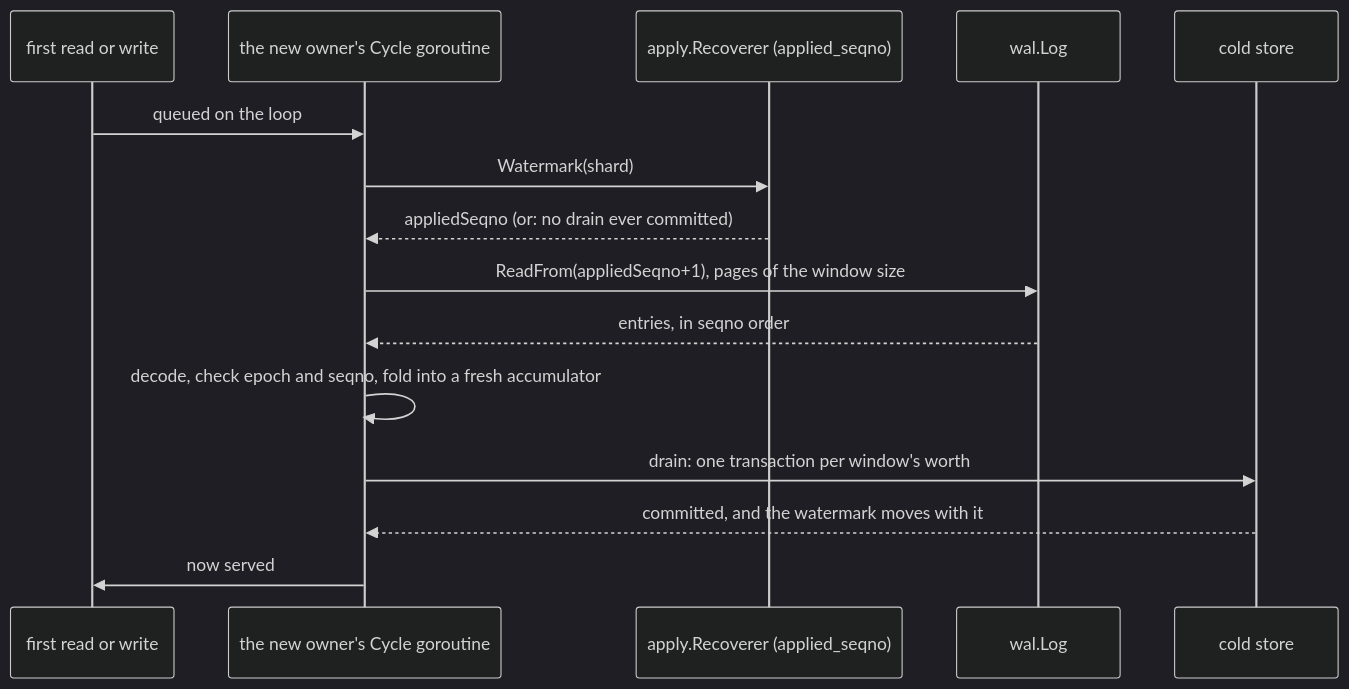
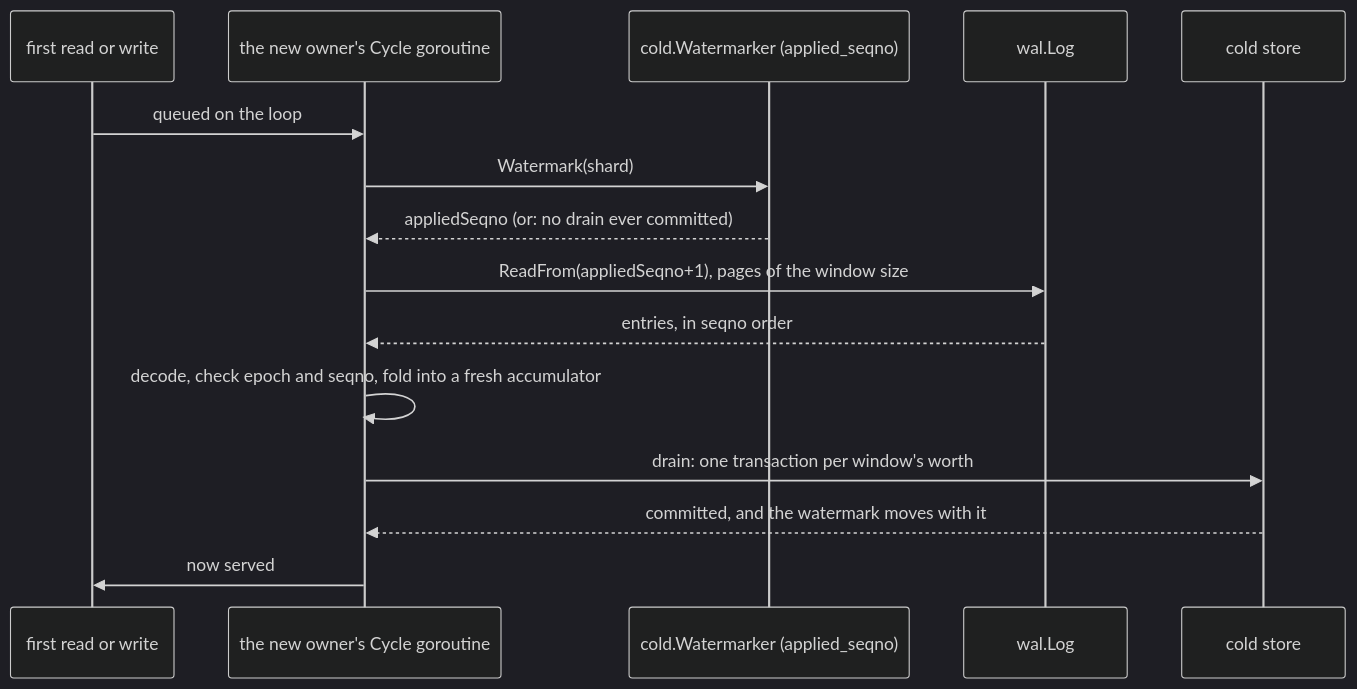
Before and after one commit to aromanovich/waltz: the fourth of 5 diagrams in docs/handbook/06-shard-lifecycle.md, drawn with Mermaid (dark theme). The commit also changed other lines of this file and 153 other files, not shown here.

````diff
--- a/docs/handbook/06-shard-lifecycle.md
+++ b/docs/handbook/06-shard-lifecycle.md
@@ -268,17 +268,17 @@
 ```mermaid
 sequenceDiagram
     participant REQ as first read or write
     participant CY as the new owner's Cycle goroutine
-    participant WM as apply.Recoverer (applied_seqno)
+    participant WM as cold.Watermarker (applied_seqno)
     participant LOG as wal.Log
     participant CS as cold store
     REQ->>CY: queued on the loop
     CY->>WM: Watermark(shard)
     WM-->>CY: appliedSeqno (or: no drain ever committed)
     CY->>LOG: ReadFrom(appliedSeqno+1), pages of the window size
     LOG-->>CY: entries, in seqno order
     CY->>CY: decode, check epoch and seqno, fold into a fresh accumulator
     CY->>CS: drain: one transaction per window's worth
     CS-->>CY: committed, and the watermark moves with it
     CY->>REQ: now served
 ```
````
